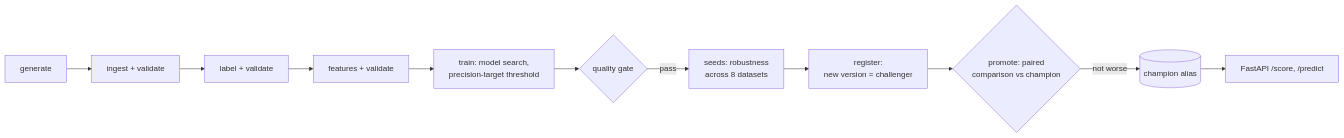
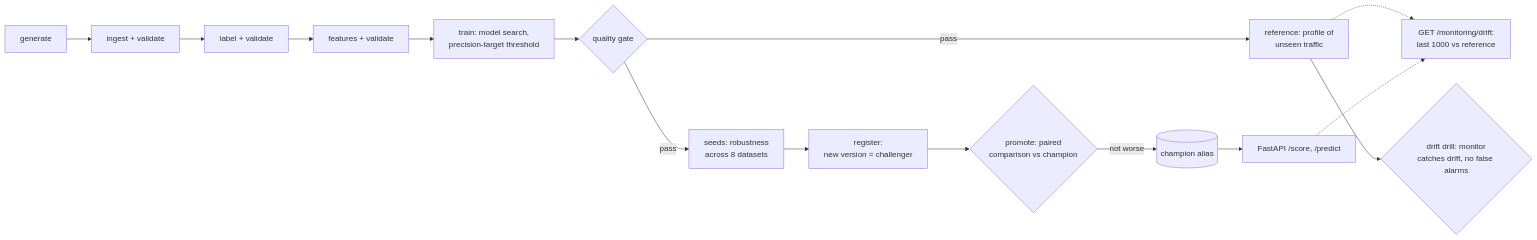
The first of 2 diagrams in README.md (Hartyplaza/FraudShield-MLOps), drawn with Mermaid before and after one commit. The commit also changed other lines of this file and 1 other file, not shown here.

Commit message:
M7 write-up: drift monitoring, drills and findings

````diff
--- a/README.md
+++ b/README.md
@@ -45,13 +46,17 @@
 ```mermaid
 flowchart LR
     G[generate] --> I[ingest + validate]
     I --> L[label + validate]
     L --> F[features + validate]
     F --> T[train: model search,<br/>precision-target threshold]
     T --> Q{quality gate}
     Q -->|pass| S[seeds: robustness<br/>across 8 datasets]
+    Q -->|pass| RF[reference: profile of<br/>unseen traffic]
+    RF --> DD{drift drill: monitor<br/>catches drift, no false alarms}
     S --> R[register:<br/>new version = challenger]
     R --> P{promote: paired<br/>comparison vs champion}
     P -->|not worse| C[(champion alias)]
     C --> A[FastAPI /score, /predict]
+    RF -.-> M["GET /monitoring/drift:<br/>last 1000 vs reference"]
+    A -.-> M
 ```
````
